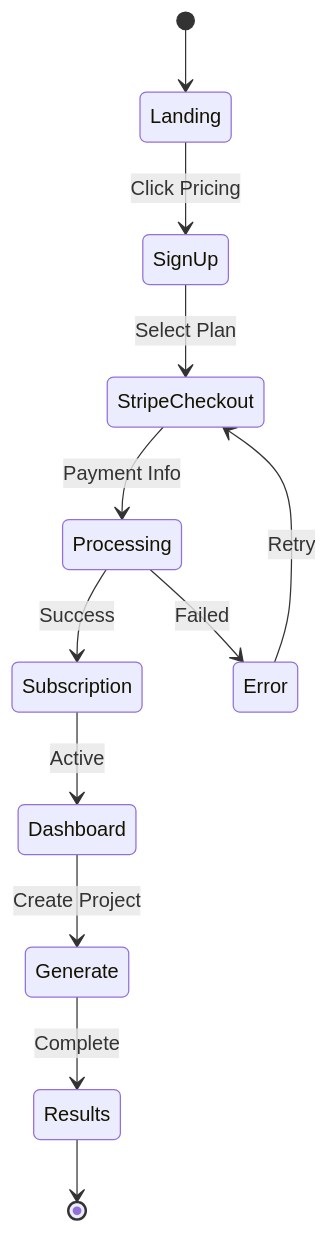
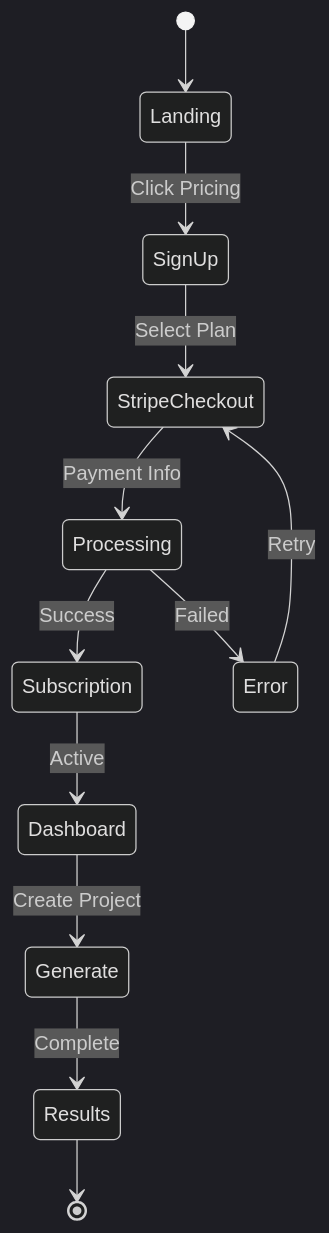
One commit to Tim-Spurlin/MaxaMem changed the fourth of 6 diagrams in README.md. Above: the diagram before and after it, drawn with Mermaid. The commit also changed other lines of this file, not shown here.

````diff
--- a/README.md
+++ b/README.md
@@ -188,14 +191,15 @@
 ```mermaid
+%%{init: {'theme':'dark'}}%%
 stateDiagram-v2
     [*] --> Landing
     Landing --> SignUp: Click Pricing
     SignUp --> StripeCheckout: Select Plan
     StripeCheckout --> Processing: Payment Info
     Processing --> Subscription: Success
     Processing --> Error: Failed
     Error --> StripeCheckout: Retry
     Subscription --> Dashboard: Active
     Dashboard --> Generate: Create Project
     Generate --> Results: Complete
     Results --> [*]
 ```
````
